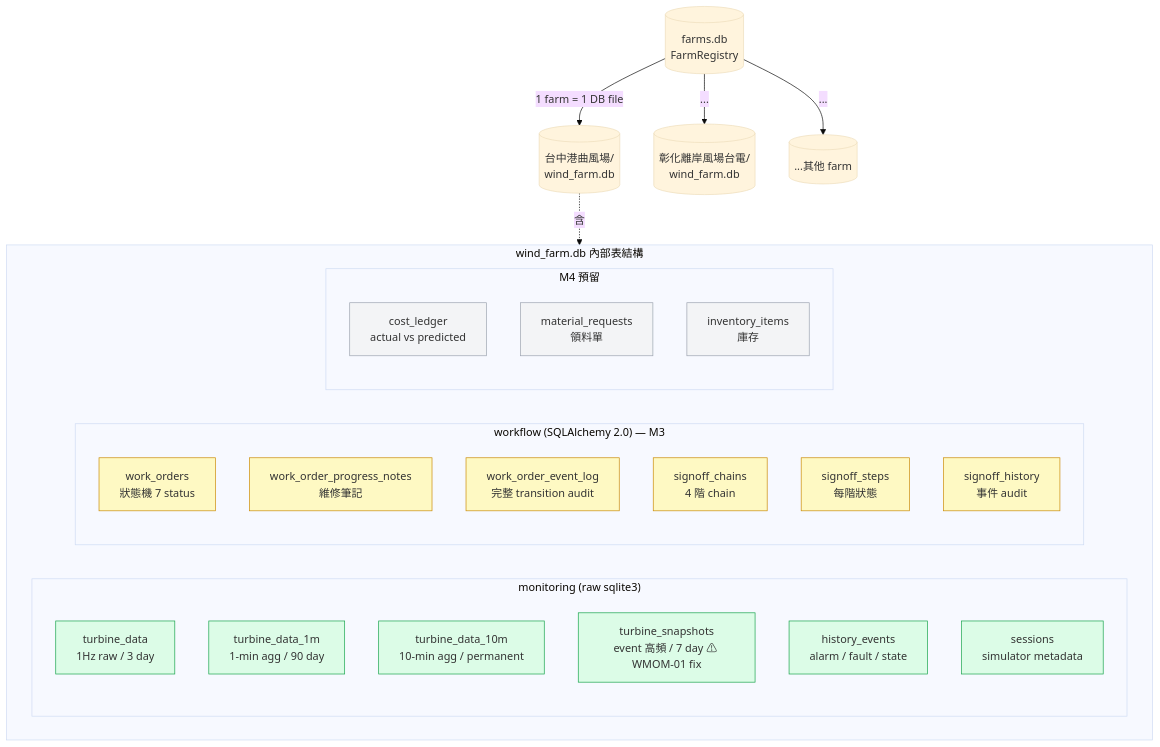
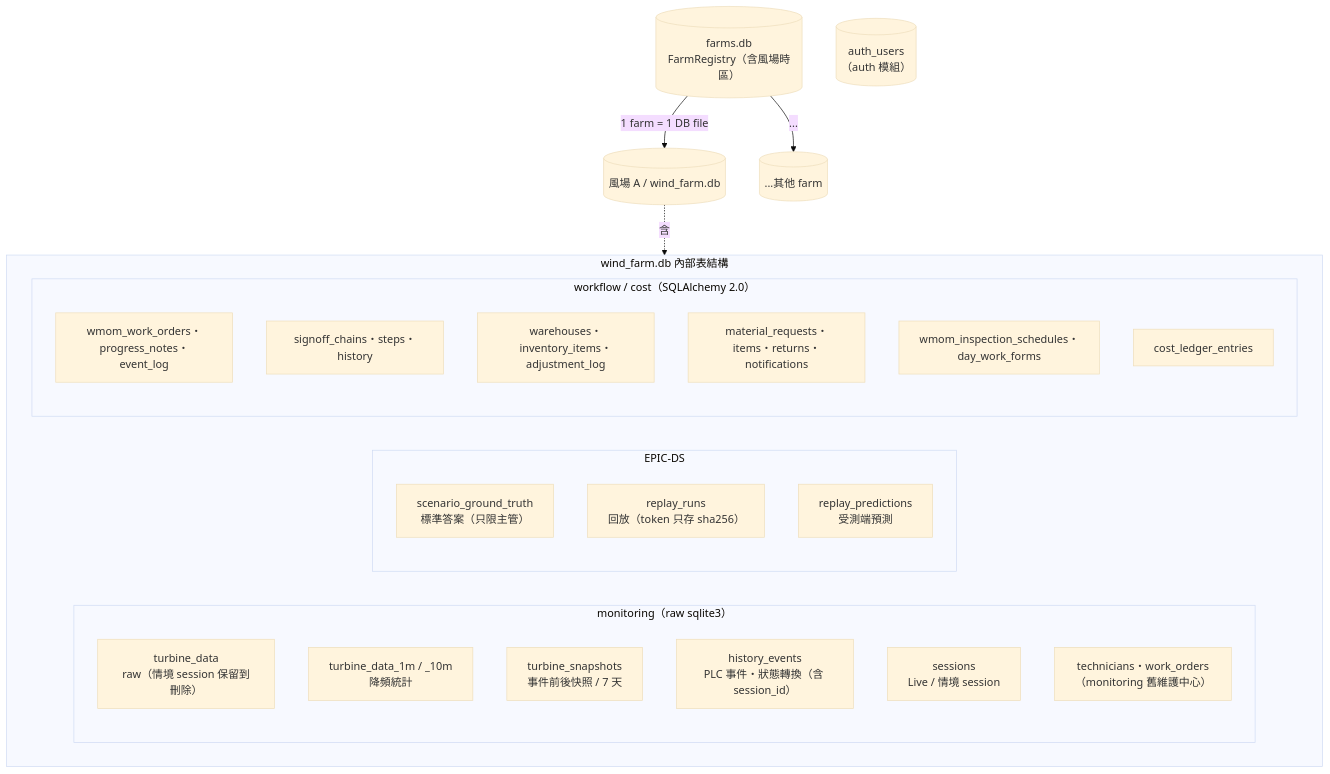
One commit to dofliu/windMindOM changed the eighth of 9 diagrams in docs/architecture/windMindOM-architecture.md. Above: the diagram before and after it, drawn with Mermaid (base theme). The commit also changed other lines of this file and 12 other files, not shown here.

First line of the commit message:
docs(#WMOM-20261022-03): 架構全貌圖更新與專案文件同步（EPIC-DS 之後） (#231)

````diff
--- a/docs/architecture/windMindOM-architecture.md
+++ b/docs/architecture/windMindOM-architecture.md
@@ -216,40 +282,33 @@
 ```mermaid
 graph TB
-    Reg[("farms.db<br/>FarmRegistry")]
-    Reg -->|1 farm = 1 DB file| F1[("台中港曲風場/<br/>wind_farm.db")]
-    Reg -->|...| F2[("彰化離岸風場台電/<br/>wind_farm.db")]
+    Reg[("farms.db<br/>FarmRegistry（含風場時區）")]
+    Reg -->|1 farm = 1 DB file| F1[("風場 A / wind_farm.db")]
     Reg -->|...| Fn[("...其他 farm")]
 
     subgraph Tables["wind_farm.db 內部表結構"]
-        subgraph MonTables["monitoring (raw sqlite3)"]
-            M1["turbine_data<br/>1Hz raw / 3 day"]
-            M2["turbine_data_1m<br/>1-min agg / 90 day"]
-            M3["turbine_data_10m<br/>10-min agg / permanent"]
-            M4["turbine_snapshots<br/>event 高頻 / 7 day ⚠ WMOM-01 fix"]
-            M5["history_events<br/>alarm / fault / state"]
-            M6["sessions<br/>simulator metadata"]
+        subgraph MonTables["monitoring（raw sqlite3）"]
+            M1["turbine_data<br/>raw（情境 session 保留到刪除）"]
+            M2["turbine_data_1m / _10m<br/>降頻統計"]
+            M3["turbine_snapshots<br/>事件前後快照 / 7 天"]
+            M4["history_events<br/>PLC 事件・狀態轉換（含 session_id）"]
+            M5["sessions<br/>Live / 情境 session"]
+            M6["technicians・work_orders<br/>（monitoring 舊維護中心）"]
         end
-        subgraph WfTables["workflow (SQLAlchemy 2.0) — M3"]
-            W1["work_orders<br/>狀態機 7 status"]
-            W2["work_order_progress_notes<br/>維修筆記"]
-            W3["work_order_event_log<br/>完整 transition audit"]
-            W4["signoff_chains<br/>4 階 chain"]
-            W5["signoff_steps<br/>每階狀態"]
-            W6["signoff_history<br/>事件 audit"]
+        subgraph DSTables["EPIC-DS"]
+            D1["scenario_ground_truth<br/>標準答案（只限主管）"]
+            D2["replay_runs<br/>回放（token 只存 sha256）"]
+            D3["replay_predictions<br/>受測端預測"]
         end
-        subgraph M4Tables["M4 預留"]
-            R1["cost_ledger<br/>actual vs predicted"]
-            R2["material_requests<br/>領料單"]
-            R3["inventory_items<br/>庫存"]
+        subgraph WfTables["workflow / cost（SQLAlchemy 2.0）"]
+            W1["wmom_work_orders・progress_notes・event_log"]
+            W2["signoff_chains・steps・history"]
+            W3["warehouses・inventory_items・adjustment_log"]
+            W4["material_requests・items・returns・notifications"]
+            W5["wmom_inspection_schedules・day_work_forms"]
+            W6["cost_ledger_entries"]
         end
     end
 
     F1 -.含.-> Tables
-
-    classDef done fill:#dcfce7,stroke:#16a34a
-    classDef m3 fill:#fef9c3,stroke:#ca8a04
-    classDef planned fill:#f3f4f6,stroke:#9ca3af
-    class M1,M2,M3,M4,M5,M6 done
-    class W1,W2,W3,W4,W5,W6 m3
-    class R1,R2,R3 planned
+    Auth[("auth_users<br/>（auth 模組）")]
 ```
````
